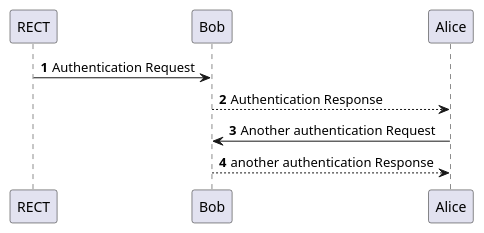
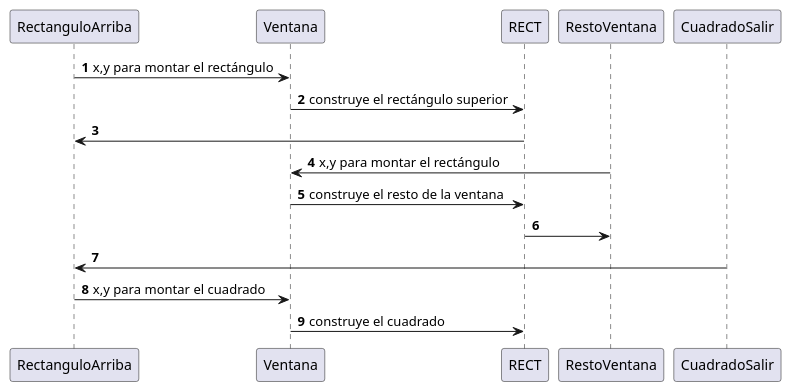
Before and after one commit to DaniLuVi/personal: the diagram in diagrama/DOORS.puml, drawn with PlantUML. The commit also changed 1 other file, not shown here.

```diff
--- a/diagrama/DOORS.puml
+++ b/diagrama/DOORS.puml
@@ -1,11 +1,17 @@
 @startuml
 'https://plantuml.com/sequence-diagram
 
 autonumber
+RectanguloArriba -> Ventana: x,y para montar el rectángulo
+Ventana -> RECT: construye el rectángulo superior
+RECT -> RectanguloArriba
+RestoVentana -> Ventana: x,y para montar el rectángulo
+Ventana -> RECT: construye el resto de la ventana
+RECT -> RestoVentana
+CuadradoSalir -> RectanguloArriba:
+RectanguloArriba -> Ventana: x,y para montar el cuadrado
+Ventana -> RECT: construye el cuadrado
 
-RECT -> Bob: Authentication Request
-Bob --> Alice: Authentication Response
 
-Alice -> Bob: Another authentication Request
-Alice <-- Bob: another authentication Response
+
 @enduml
```
